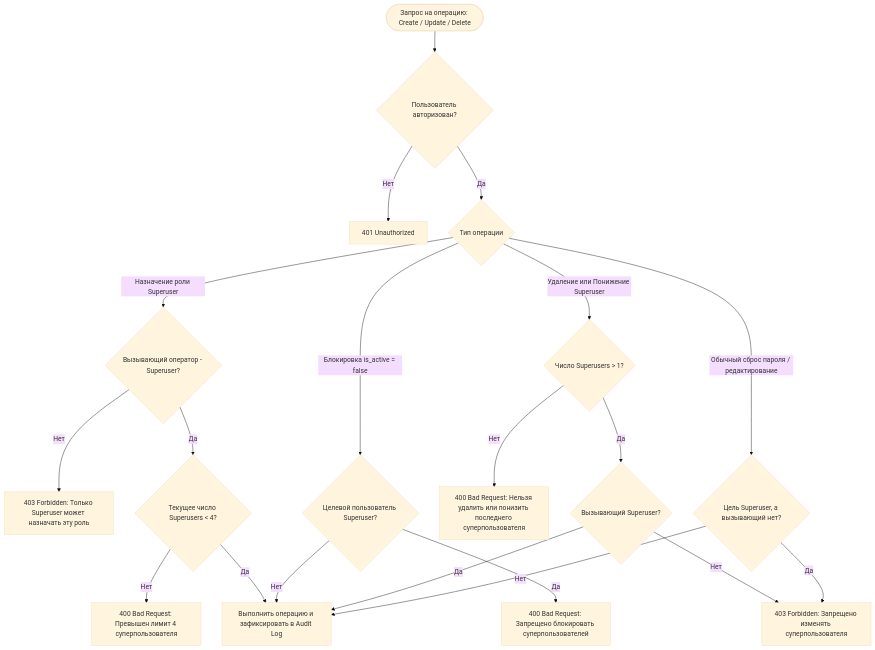
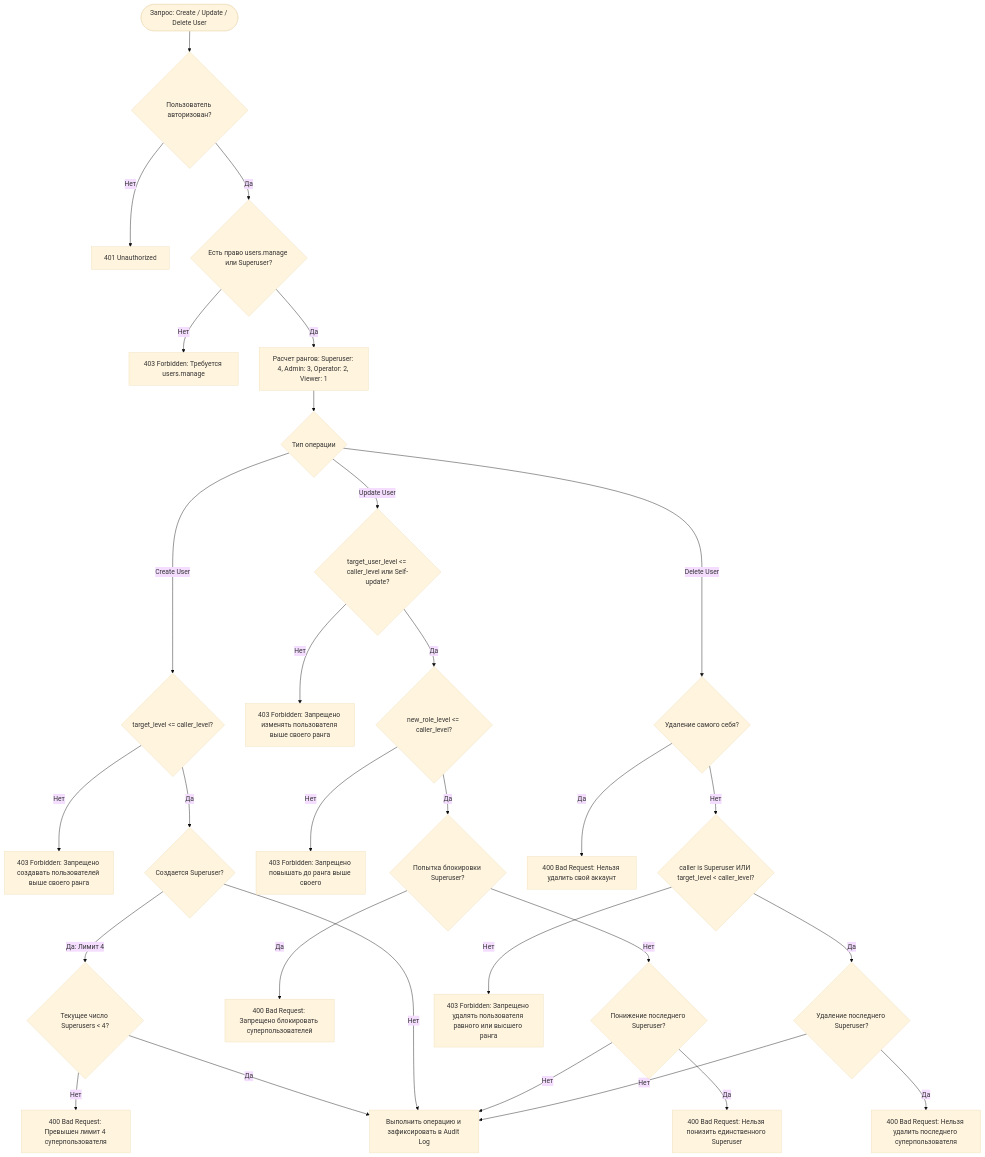
Before and after one commit to Apofixc/AetherCore: the first of 4 diagrams in docs/architecture/SecurityRolesPolicy.md, drawn with Mermaid (base theme). The commit also changed other lines of this file and 14 other files, not shown here.

Commit message:
feat: implement hierarchical role-based access control with granular permission checks for user management and system settings

````diff
--- a/docs/architecture/SecurityRolesPolicy.md
+++ b/docs/architecture/SecurityRolesPolicy.md
@@ -7,30 +7,35 @@
 ```mermaid
 graph TD
-    Start([Запрос на операцию: Create / Update / Delete]) --> CheckAuth{Пользователь авторизован?}
-    CheckAuth -- Нет --> Err401[401 Unauthorized]
-    CheckAuth -- Да --> CheckRoleOp{Тип операции}
-
-    %% Создание / Повышение до Superuser
-    CheckRoleOp -- Назначение роли Superuser --> CheckCallerSuper{Вызывающий оператор - Superuser?}
-    CheckCallerSuper -- Нет --> Err403Super[403 Forbidden: Только Superuser может назначать эту роль]
-    CheckCallerSuper -- Да --> CheckCount4{Текущее число Superusers < 4?}
-    CheckCount4 -- Нет --> Err400Quota[400 Bad Request: Превышен лимит 4 суперпользователя]
-    CheckCount4 -- Да --> AllowOp[Выполнить операцию и зафиксировать в Audit Log]
-
-    %% Блокировка
-    CheckRoleOp -- Блокировка is_active = false --> CheckTargetSuper{Целевой пользователь Superuser?}
-    CheckTargetSuper -- Да --> Err400Lock[400 Bad Request: Запрещено блокировать суперпользователей]
-    CheckTargetSuper -- Нет --> AllowOp
-
-    %% Удаление / Понижение Superuser
-    CheckRoleOp -- Удаление или Понижение Superuser --> CheckCount1{Число Superusers > 1?}
-    CheckCount1 -- Нет --> Err400Last[400 Bad Request: Нельзя удалить или понизить последнего суперпользователя]
-    CheckCount1 -- Да --> CheckCallerPerm{Вызывающий Superuser?}
-    CheckCallerPerm -- Нет --> Err403Target[403 Forbidden: Запрещено изменять суперпользователя]
-    CheckCallerPerm -- Да --> AllowOp
-
-    %% Обычные операции
-    CheckRoleOp -- Обычный сброс пароля / редактирование --> CheckTargetAdmin{Цель Superuser, а вызывающий нет?}
-    CheckTargetAdmin -- Да --> Err403Target
-    CheckTargetAdmin -- Нет --> AllowOp
+    Start(["Запрос: Create / Update / Delete User"]) --> CheckAuth{"Пользователь авторизован?"}
+    CheckAuth -- "Нет" --> Err401["401 Unauthorized"]
+    CheckAuth -- "Да" --> CheckManagePerm{"Есть право users.manage или Superuser?"}
+    CheckManagePerm -- "Нет" --> Err403Perm["403 Forbidden: Требуется users.manage"]
+    CheckManagePerm -- "Да" --> CalcLevels["Расчет рангов: Superuser: 4, Admin: 3, Operator: 2, Viewer: 1"]
+    CalcLevels --> CheckOpType{"Тип операции"}
+    %% Создание пользователя
+    CheckOpType -- "Create User" --> CheckCreateLevel{"target_level <= caller_level?"}
+    CheckCreateLevel -- "Нет" --> Err403Escalate["403 Forbidden: Запрещено создавать пользователей выше своего ранга"]
+    CheckCreateLevel -- "Да" --> CheckSuperQuota{"Создается Superuser?"}
+    CheckSuperQuota -- "Да: Лимит 4" --> CheckCount4{"Текущее число Superusers < 4?"}
+    CheckCount4 -- "Нет" --> Err400Quota["400 Bad Request: Превышен лимит 4 суперпользователя"]
+    CheckCount4 -- "Да" --> AllowOp["Выполнить операцию и зафиксировать в Audit Log"]
+    CheckSuperQuota -- "Нет" --> AllowOp
+    %% Редактирование пользователя
+    CheckOpType -- "Update User" --> CheckTargetLevel{"target_user_level <= caller_level или Self-update?"}
+    CheckTargetLevel -- "Нет" --> Err403EditHigher["403 Forbidden: Запрещено изменять пользователя выше своего ранга"]
+    CheckTargetLevel -- "Да" --> CheckNewRoleLevel{"new_role_level <= caller_level?"}
+    CheckNewRoleLevel -- "Нет" --> Err403AssignHigher["403 Forbidden: Запрещено повышать до ранга выше своего"]
+    CheckNewRoleLevel -- "Да" --> CheckLockRoot{"Попытка блокировки Superuser?"}
+    CheckLockRoot -- "Да" --> Err400Lock["400 Bad Request: Запрещено блокировать суперпользователей"]
+    CheckLockRoot -- "Нет" --> CheckDemoteLast{"Понижение последнего Superuser?"}
+    CheckDemoteLast -- "Да" --> Err400Demote["400 Bad Request: Нельзя понизить единственного Superuser"]
+    CheckDemoteLast -- "Нет" --> AllowOp
+    %% Удаление пользователя
+    CheckOpType -- "Delete User" --> CheckSelfDel{"Удаление самого себя?"}
+    CheckSelfDel -- "Да" --> Err400Self["400 Bad Request: Нельзя удалить свой аккаунт"]
+    CheckSelfDel -- "Нет" --> CheckDeleteLevel{"caller is Superuser ИЛИ target_level < caller_level?"}
+    CheckDeleteLevel -- "Нет" --> Err403DeleteHigher["403 Forbidden: Запрещено удалять пользователя равного или высшего ранга"]
+    CheckDeleteLevel -- "Да" --> CheckDeleteLastSuper{"Удаление последнего Superuser?"}
+    CheckDeleteLastSuper -- "Да" --> Err400Last["400 Bad Request: Нельзя удалить последнего суперпользователя"]
+    CheckDeleteLastSuper -- "Нет" --> AllowOp
 ```
````
